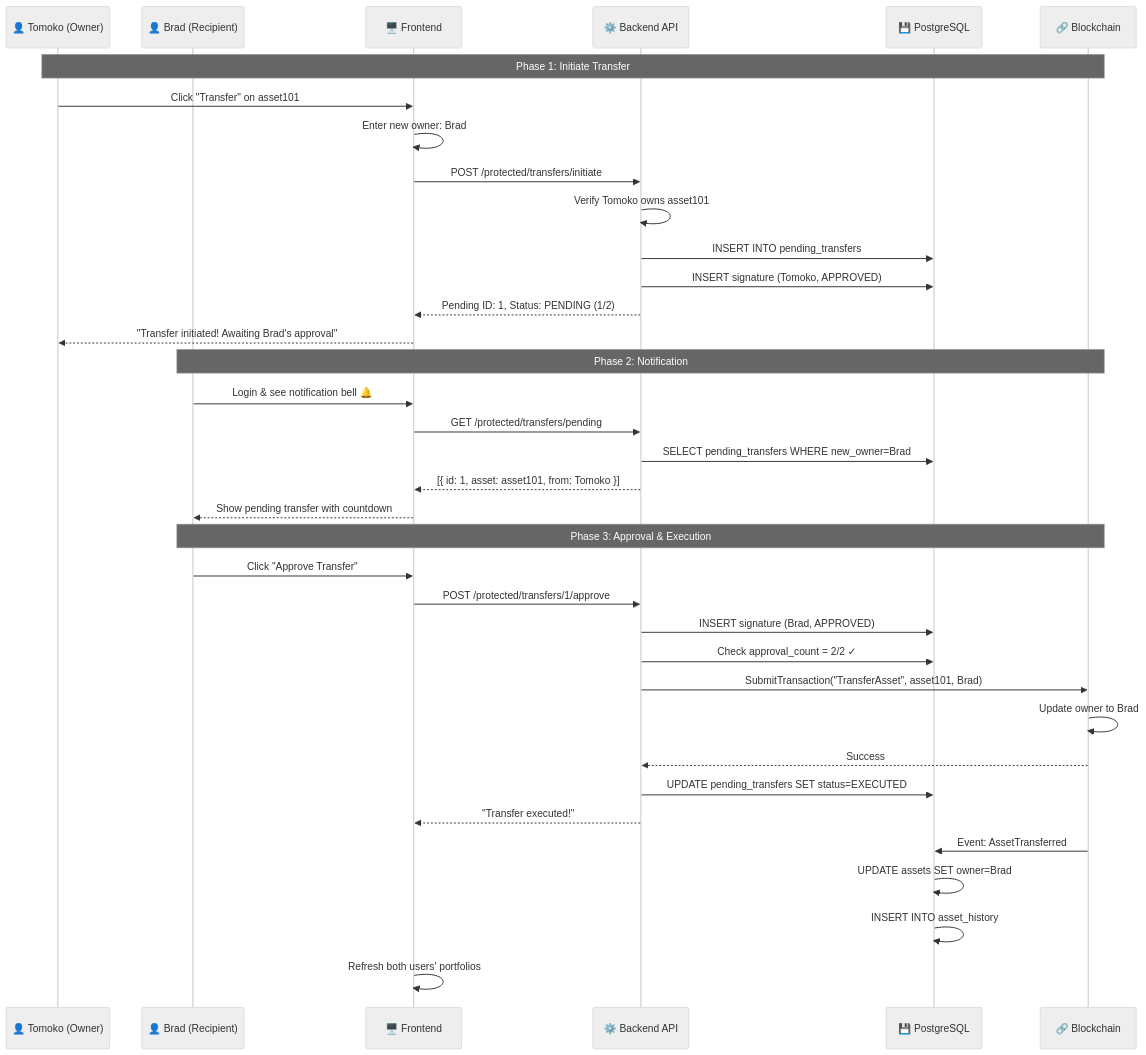
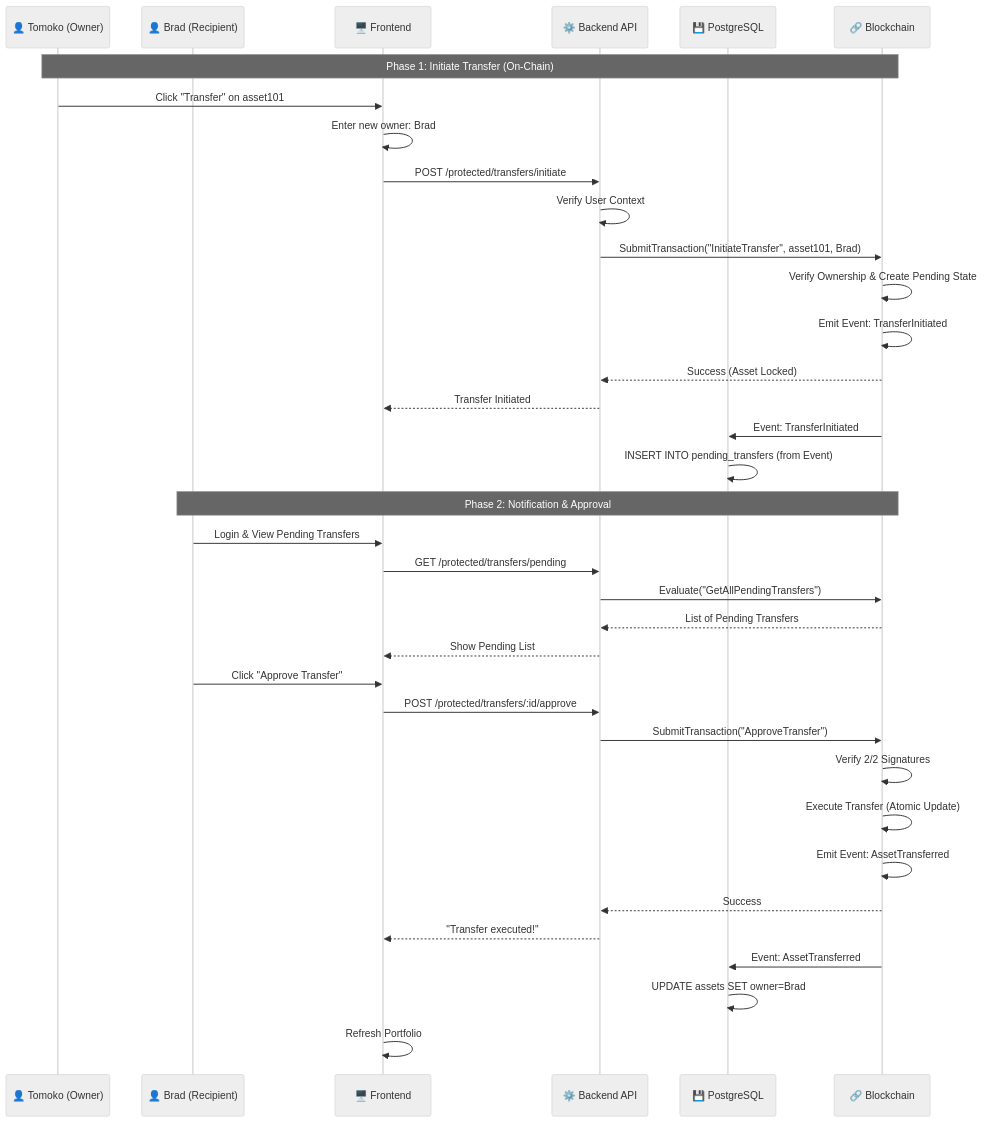
The second of 6 diagrams in README.md (kelotduongvidainhat/ams), drawn with Mermaid (neutral theme) before and after one commit. The commit also changed other lines of this file and 7 other files, not shown here.

````diff
--- a/README.md
+++ b/README.md
@@ -254,43 +254,45 @@
 ```mermaid
 sequenceDiagram
     participant Tomoko as 👤 Tomoko (Owner)
     participant Brad as 👤 Brad (Recipient)
     participant Frontend as 🖥️ Frontend
     participant Backend as ⚙️ Backend API
     participant DB as 💾 PostgreSQL
     participant Fabric as 🔗 Blockchain
 
-    Note over Tomoko,Fabric: Phase 1: Initiate Transfer
+    Note over Tomoko,Fabric: Phase 1: Initiate Transfer (On-Chain)
     Tomoko->>Frontend: Click "Transfer" on asset101
     Frontend->>Frontend: Enter new owner: Brad
     Frontend->>Backend: POST /protected/transfers/initiate
-    Backend->>Backend: Verify Tomoko owns asset101
-    Backend->>DB: INSERT INTO pending_transfers
-    Backend->>DB: INSERT signature (Tomoko, APPROVED)
-    Backend-->>Frontend: Pending ID: 1, Status: PENDING (1/2)
-    Frontend-->>Tomoko: "Transfer initiated! Awaiting Brad's approval"
+    Backend->>Backend: Verify User Context
+    Backend->>Fabric: SubmitTransaction("InitiateTransfer", asset101, Brad)
+    Fabric->>Fabric: Verify Ownership & Create Pending State
+    Fabric->>Fabric: Emit Event: TransferInitiated
+    Fabric-->>Backend: Success (Asset Locked)
+    
+    Backend-->>Frontend: Transfer Initiated
+    
+    Fabric->>DB: Event: TransferInitiated
+    DB->>DB: INSERT INTO pending_transfers (from Event)
 
-    Note over Brad,Fabric: Phase 2: Notification
-    Brad->>Frontend: Login & see notification bell 🔔
+    Note over Brad,Fabric: Phase 2: Notification & Approval
+    Brad->>Frontend: Login & View Pending Transfers
     Frontend->>Backend: GET /protected/transfers/pending
-    Backend->>DB: SELECT pending_transfers WHERE new_owner=Brad
-    Backend-->>Frontend: [{ id: 1, asset: asset101, from: Tomoko }]
-    Frontend-->>Brad: Show pending transfer with countdown
-
-    Note over Brad,Fabric: Phase 3: Approval & Execution
+    Backend->>Fabric: Evaluate("GetAllPendingTransfers")
+    Fabric-->>Backend: List of Pending Transfers
+    Backend-->>Frontend: Show Pending List
+    
     Brad->>Frontend: Click "Approve Transfer"
-    Frontend->>Backend: POST /protected/transfers/1/approve
-    Backend->>DB: INSERT signature (Brad, APPROVED)
-    Backend->>DB: Check approval_count = 2/2 ✓
-    Backend->>Fabric: SubmitTransaction("TransferAsset", asset101, Brad)
-    Fabric->>Fabric: Update owner to Brad
+    Frontend->>Backend: POST /protected/transfers/:id/approve
+    Backend->>Fabric: SubmitTransaction("ApproveTransfer")
+    Fabric->>Fabric: Verify 2/2 Signatures
+    Fabric->>Fabric: Execute Transfer (Atomic Update)
+    Fabric->>Fabric: Emit Event: AssetTransferred
     Fabric-->>Backend: Success
-    Backend->>DB: UPDATE pending_transfers SET status=EXECUTED
+    
     Backend-->>Frontend: "Transfer executed!"
     
     Fabric->>DB: Event: AssetTransferred
     DB->>DB: UPDATE assets SET owner=Brad
-    DB->>DB: INSERT INTO asset_history
-    
-    Frontend->>Frontend: Refresh both users' portfolios
+    Frontend->>Frontend: Refresh Portfolio
 ```
````
